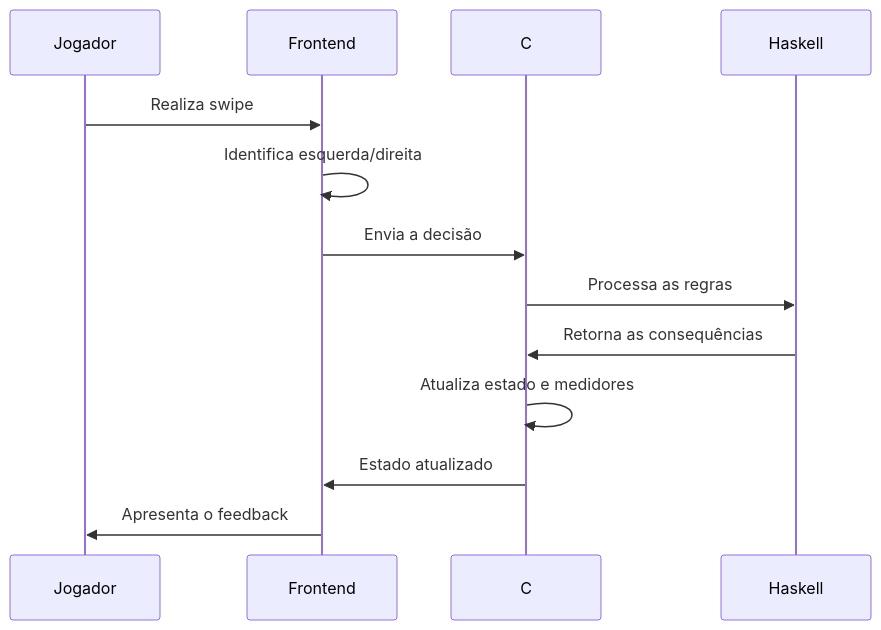
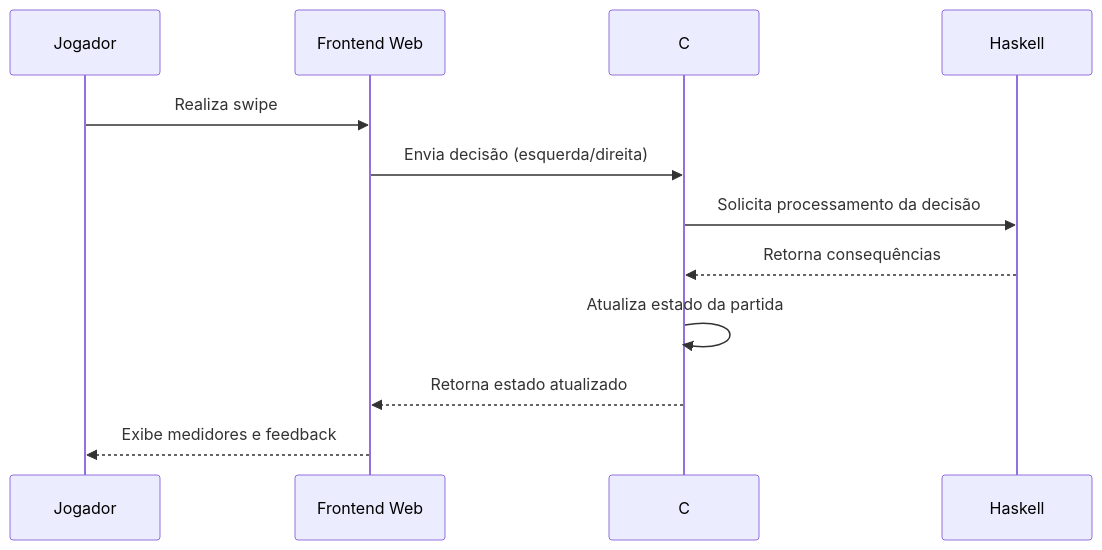
Before and after one commit to cms7-bot/DECIFRA.IA---Equipe-8: the seventh of 8 diagrams in Documentação/requisitos-modelagem-arquitetura.md, drawn with Mermaid. The commit also changed other lines of this file, not shown here.

Commit message:
correçoes nas tabelas

````diff
--- a/Documentação/requisitos-modelagem-arquitetura.md
+++ b/Documentação/requisitos-modelagem-arquitetura.md
@@ -442,16 +440,15 @@
 ```mermaid
 sequenceDiagram
-participant J as Jogador
-participant F as Frontend
-participant C as C
-participant H as Haskell
+    participant J as Jogador
+    participant F as Frontend Web
+    participant C as C
+    participant H as Haskell
 
-J->>F: Realiza swipe
-F->>F: Identifica esquerda/direita
-F->>C: Envia a decisão
-C->>H: Processa as regras
-H->>C: Retorna as consequências
-C->>C: Atualiza estado e medidores
-C->>F: Estado atualizado
-F->>J: Apresenta o feedback
+    J->>F: Realiza swipe
+    F->>C: Envia decisão (esquerda/direita)
+    C->>H: Solicita processamento da decisão
+    H-->>C: Retorna consequências
+    C->>C: Atualiza estado da partida
+    C-->>F: Retorna estado atualizado
+    F-->>J: Exibe medidores e feedback
 ```
````
